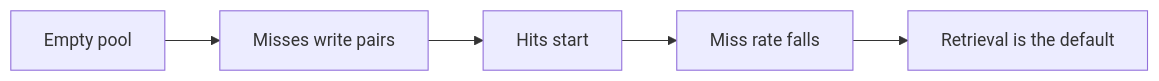
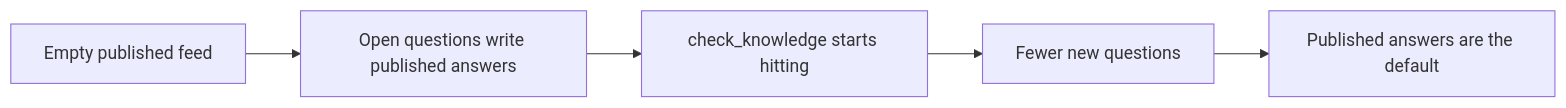
One commit to Thingscorp/pgeon-llm changed the second of 2 diagrams in WHITEPAPER.md. Above: the diagram before and after it, drawn with Mermaid. The commit also changed other lines of this file, not shown here.

````diff
--- a/WHITEPAPER.md
+++ b/WHITEPAPER.md
@@ -52,7 +80,7 @@
 ```mermaid
 flowchart LR
-  Z[Empty pool] --> M[Misses write pairs]
-  M --> H[Hits start]
-  H --> C[Miss rate falls]
-  C --> L[Retrieval is the default]
+  Z[Empty published feed] --> Q[Open questions write published answers]
+  Q --> K[check_knowledge starts hitting]
+  K --> F[Fewer new questions]
+  F --> D[Published answers are the default]
 ```
````
